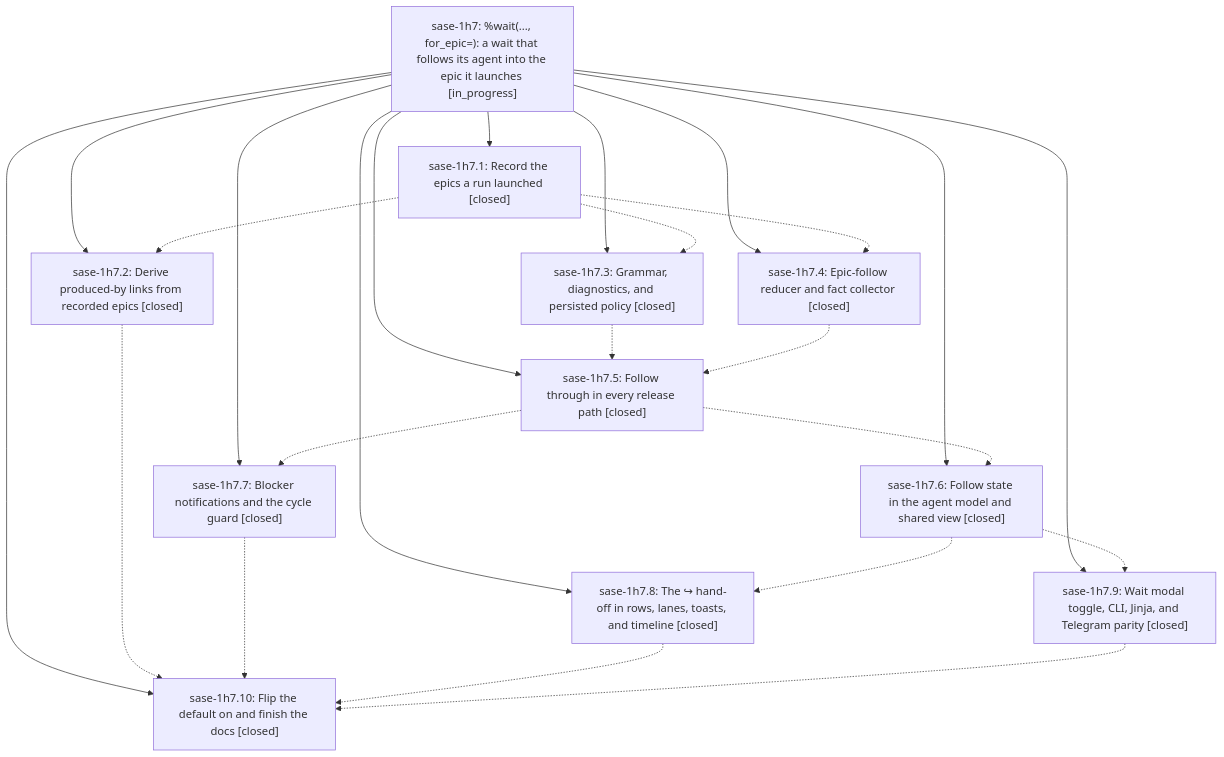
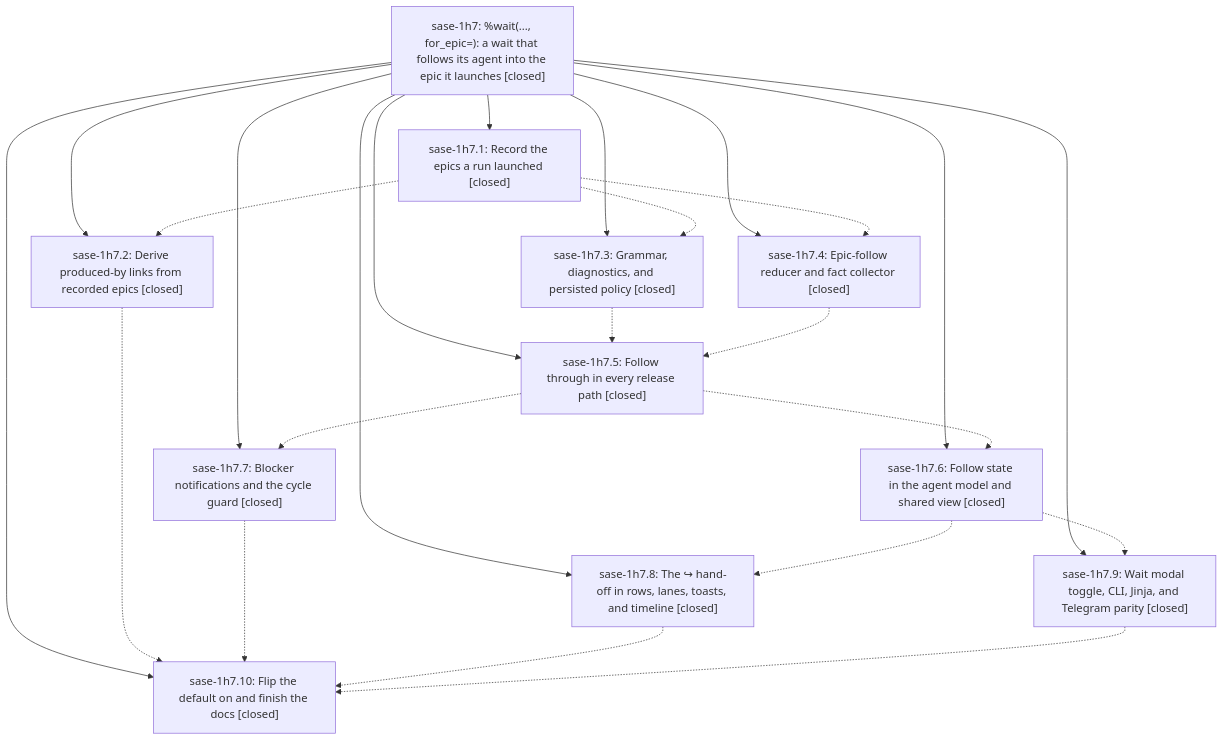
Before and after one commit to sase-org/sase--beads: the diagram in pages/sase-1h7/README.md, drawn with Mermaid. The commit also changed other lines of this file and 2 other files, not shown here.

First line of the commit message:
chore(beads): sync bead state and pages for sase-1h7

````diff
--- a/pages/sase-1h7/README.md
+++ b/pages/sase-1h7/README.md
@@ -63,37 +110,37 @@
 ```mermaid
 flowchart TD
-    n0["sase-1h7: %wait(..., for_epic=): a wait that follows its agent into the epic it launches [in_progress]"]
+    n0["sase-1h7: %wait(..., for_epic=): a wait that follows its agent into the epic it launches [closed]"]
     n1["sase-1h7.1: Record the epics a run launched [closed]"]
     n2["sase-1h7.10: Flip the default on and finish the docs [closed]"]
     n3["sase-1h7.2: Derive produced-by links from recorded epics [closed]"]
     n4["sase-1h7.3: Grammar, diagnostics, and persisted policy [closed]"]
     n5["sase-1h7.4: Epic-follow reducer and fact collector [closed]"]
     n6["sase-1h7.5: Follow through in every release path [closed]"]
     n7["sase-1h7.6: Follow state in the agent model and shared view [closed]"]
     n8["sase-1h7.7: Blocker notifications and the cycle guard [closed]"]
     n9["sase-1h7.8: The ↪ hand-off in rows, lanes, toasts, and timeline [closed]"]
     n10["sase-1h7.9: Wait modal toggle, CLI, Jinja, and Telegram parity [closed]"]
     n0 --> n1
     n0 --> n2
     n0 --> n3
     n0 --> n4
     n0 --> n5
     n0 --> n6
     n0 --> n7
     n0 --> n8
     n0 --> n9
     n0 --> n10
     n1 -.-> n3
     n1 -.-> n4
     n1 -.-> n5
     n3 -.-> n2
     n4 -.-> n6
     n5 -.-> n6
     n6 -.-> n7
     n6 -.-> n8
     n7 -.-> n9
     n7 -.-> n10
     n8 -.-> n2
     n9 -.-> n2
     n10 -.-> n2
 ```
````
